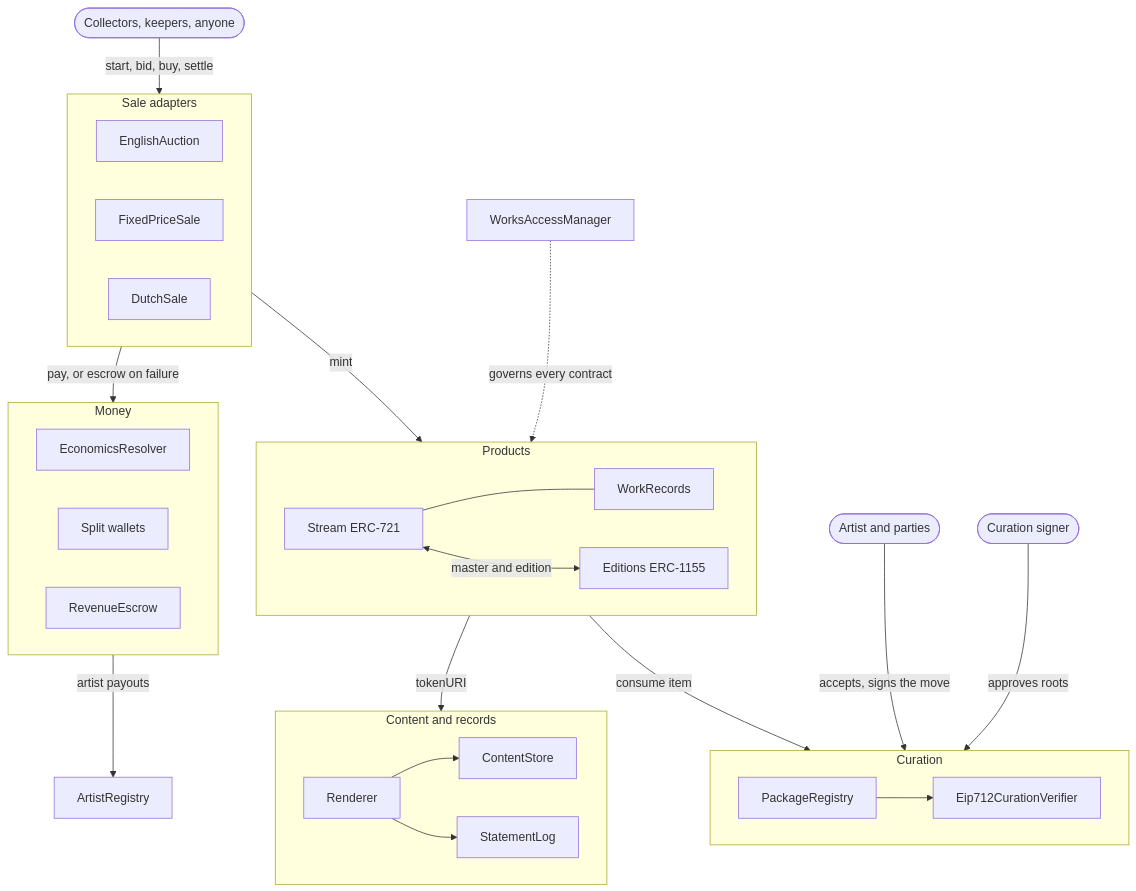
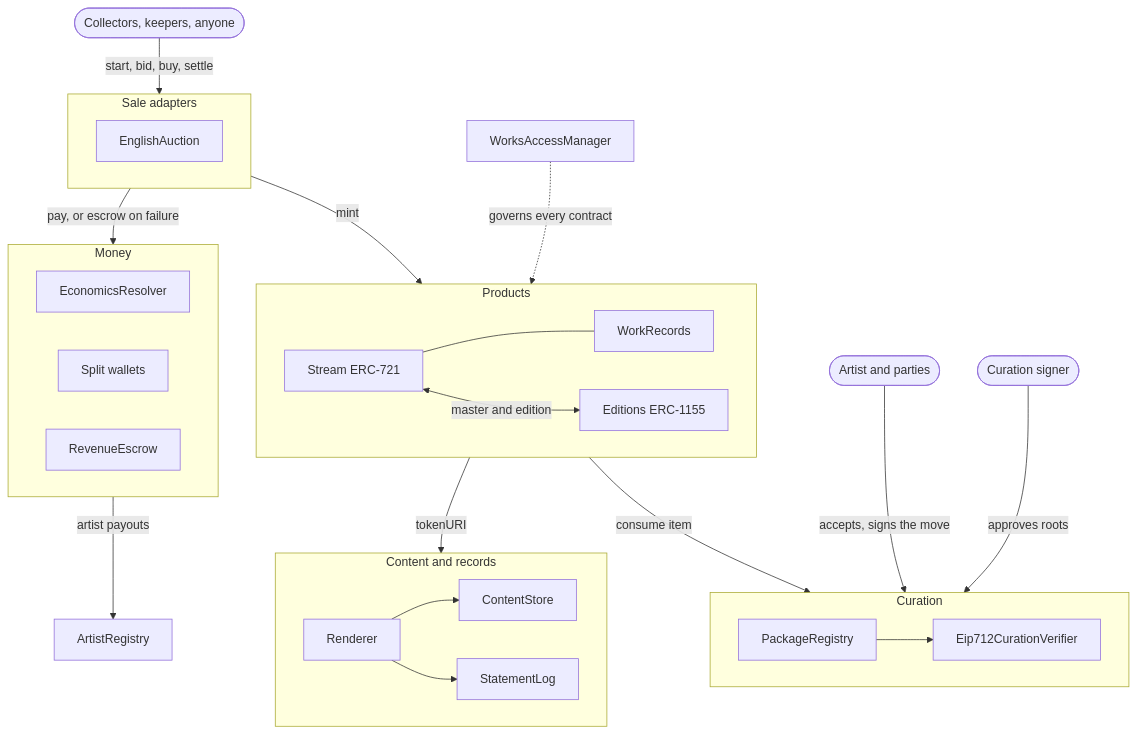
Before and after one commit to 6529-Collections/6529-works: the diagram in README.md, drawn with Mermaid. The commit also changed other lines of this file and 139 other files, not shown here.

First line of the commit message:
rc.2 L3 (1/3): EditionTerms swap and generic edition minting, delete fixed-price and Dutch, rename to 6529 Stream Editions (#76)

````diff
--- a/README.md
+++ b/README.md
@@ -21,45 +21,43 @@
 ```mermaid
 flowchart TB
     Artist([Artist and parties])
     Signer([Curation signer])
     Buyers([Collectors, keepers, anyone])
 
     subgraph Curation
         direction LR
         PR[PackageRegistry] --> CV[Eip712CurationVerifier]
     end
     subgraph Sales [Sale adapters]
         direction LR
         EA[EnglishAuction]
-        FP[FixedPriceSale]
-        DS[DutchSale]
     end
     subgraph Products
         direction LR
         S[Stream ERC-721] --- WR[WorkRecords]
         S <-->|master and edition| E[Editions ERC-1155]
     end
     subgraph Money
         direction LR
         ER[EconomicsResolver]
         SW[Split wallets]
         RE[RevenueEscrow]
     end
     subgraph Content [Content and records]
         direction LR
         R[Renderer] --> CS[ContentStore]
         R --> SL[StatementLog]
     end
     AR[ArtistRegistry]
     AM[WorksAccessManager]
 
     Signer -->|approves roots| Curation
     Artist -->|accepts, signs the move| Curation
     Buyers -->|start, bid, buy, settle| Sales
     Sales -->|mint| Products
     Products -->|consume item| Curation
     Sales -->|pay, or escrow on failure| Money
     Products -->|tokenURI| Content
     Money -->|artist payouts| AR
     AM -.->|governs every contract| Products
 ```
````
